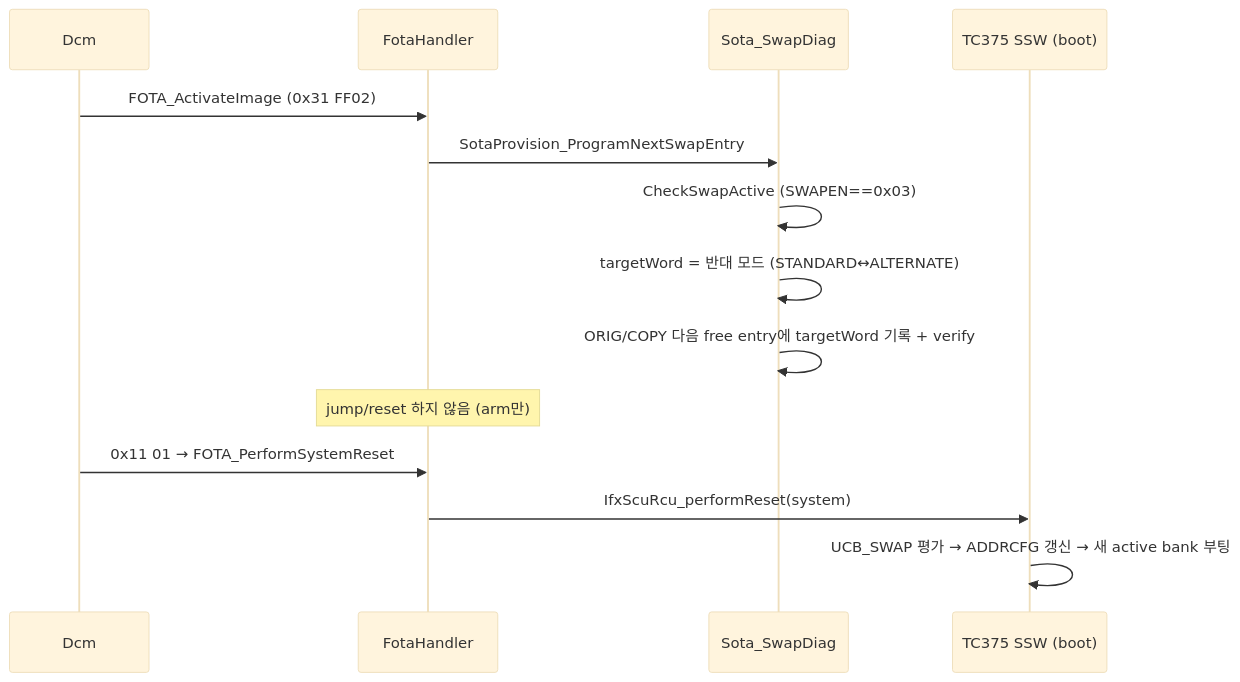
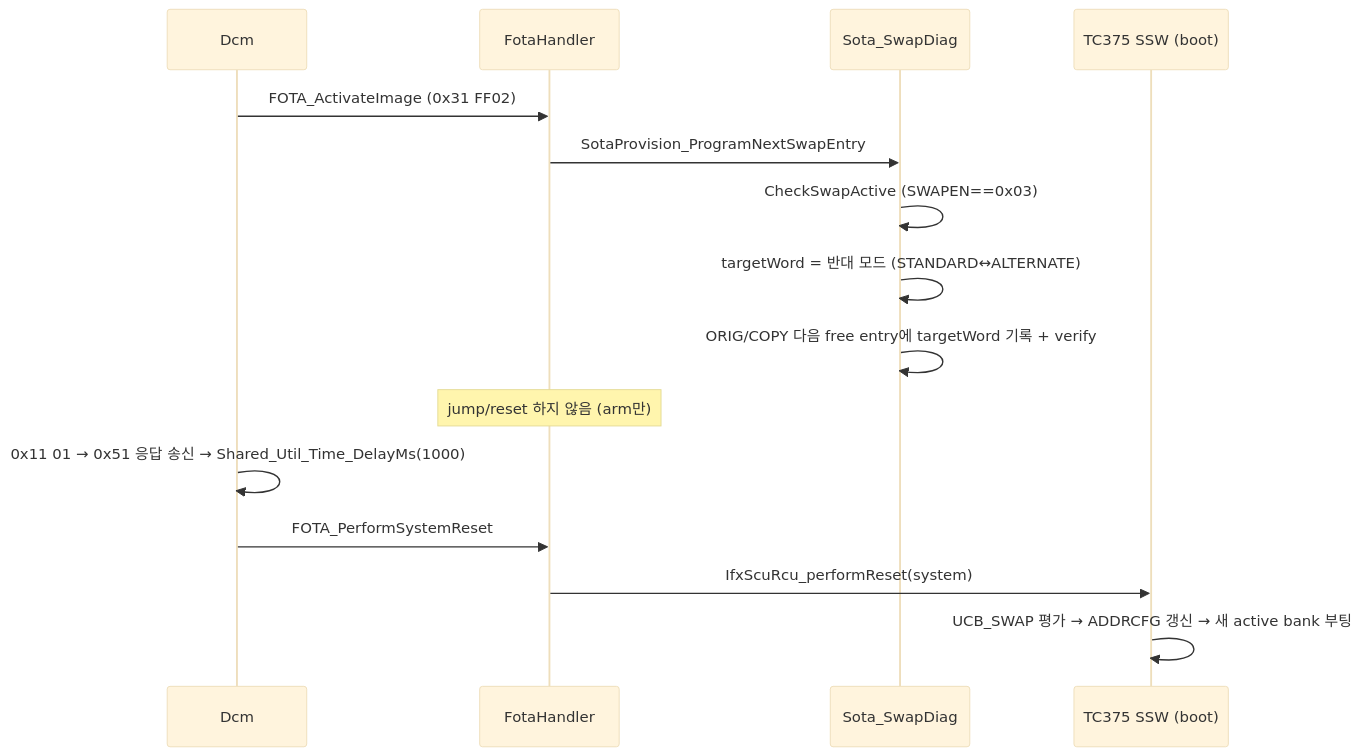
One commit to kdt-fibonacci/fota-reprogramming changed the second of 4 diagrams in docs/17_reset_boot_bank_swap.md. Above: the diagram before and after it, drawn with Mermaid (base theme). The commit also changed other lines of this file and 5 other files, not shown here.

````diff
--- a/docs/17_reset_boot_bank_swap.md
+++ b/docs/17_reset_boot_bank_swap.md
@@ -50,16 +50,17 @@
 ```mermaid
 sequenceDiagram
     participant DC as Dcm
     participant FH as FotaHandler
     participant SW as Sota_SwapDiag
     participant SSW as TC375 SSW (boot)
     DC->>FH: FOTA_ActivateImage (0x31 FF02)
     FH->>SW: SotaProvision_ProgramNextSwapEntry
     SW->>SW: CheckSwapActive (SWAPEN==0x03)
     SW->>SW: targetWord = 반대 모드 (STANDARD↔ALTERNATE)
     SW->>SW: ORIG/COPY 다음 free entry에 targetWord 기록 + verify
     Note over FH: jump/reset 하지 않음 (arm만)
-    DC->>FH: 0x11 01 → FOTA_PerformSystemReset
+    DC->>DC: 0x11 01 → 0x51 응답 송신 → Shared_Util_Time_DelayMs(1000)
+    DC->>FH: FOTA_PerformSystemReset
     FH->>SSW: IfxScuRcu_performReset(system)
     SSW->>SSW: UCB_SWAP 평가 → ADDRCFG 갱신 → 새 active bank 부팅
 ```
````
